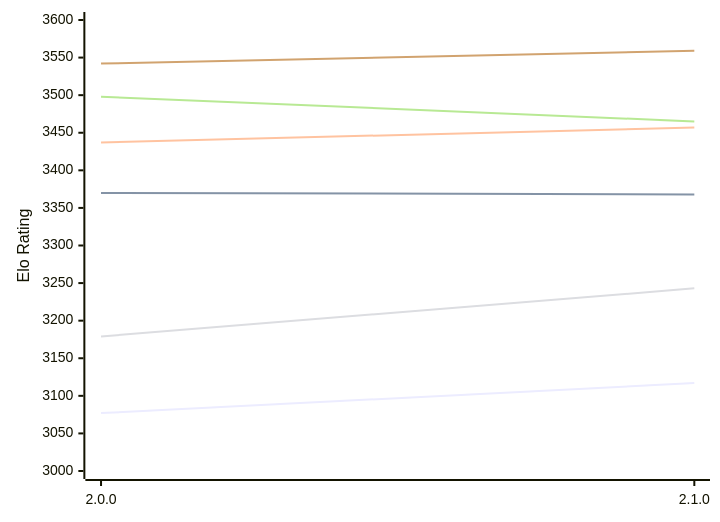
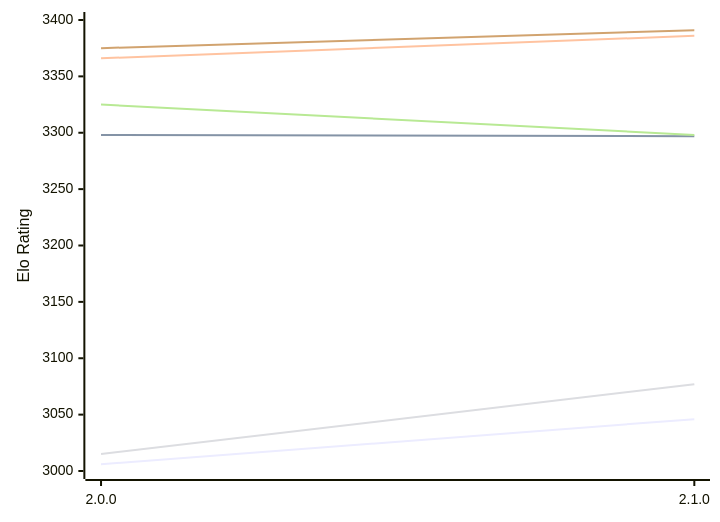
One commit to computer-chess-index/cci changed the diagram in engines/Sapling.md. Above: the diagram before and after it, drawn with Mermaid. The commit also changed other lines of this file, not shown here.

Commit message:
Update CCI Ratings (ELO VLTC) - 2026-11-13

````diff
--- a/engines/Sapling.md
+++ b/engines/Sapling.md
@@ -49,12 +49,12 @@
 ```mermaid
 %%{init: {"theme":"base","themeVariables":{"seriesColors:['#a3a3a3','#222221','#faa371']}}}%%
 xychart-beta
   x-axis ["2.0.0", "2.1.0"]
-  y-axis "Elo Rating" 3000 --> 3600
-  line "E1: STC (8.0+0.08s)" [3077, 3117]
-  line "E1: LTC (60.0+0.60s)" [3370, 3368]
-  line "E1: VLTC (2m24s+1.12s)" [3437, 3457]
-  line "P1: STC (8.0+0.08s)" [3179, 3243]
-  line "P1: LTC (60.0+0.60s)" [3498, 3465]
-  line "P1: VLTC (2m24s+1.12s)" [3542, 3559]
+  y-axis "Elo Rating" 3000 --> 3400
+  line "E1: STC (8.0+0.08s)" [3006, 3046]
+  line "E1: LTC (60.0+0.60s)" [3298, 3297]
+  line "E1: VLTC (2m24s+1.12s)" [3366, 3386]
+  line "P1: STC (8.0+0.08s)" [3015, 3077]
+  line "P1: LTC (60.0+0.60s)" [3325, 3298]
+  line "P1: VLTC (2m24s+1.12s)" [3375, 3391]
 ```
````
